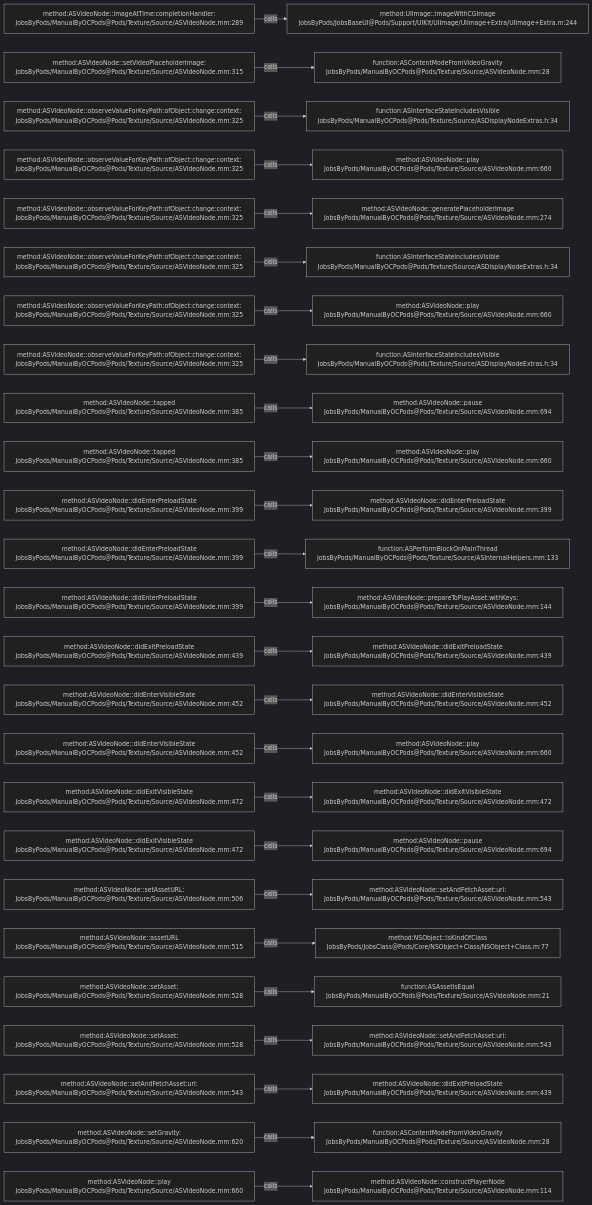
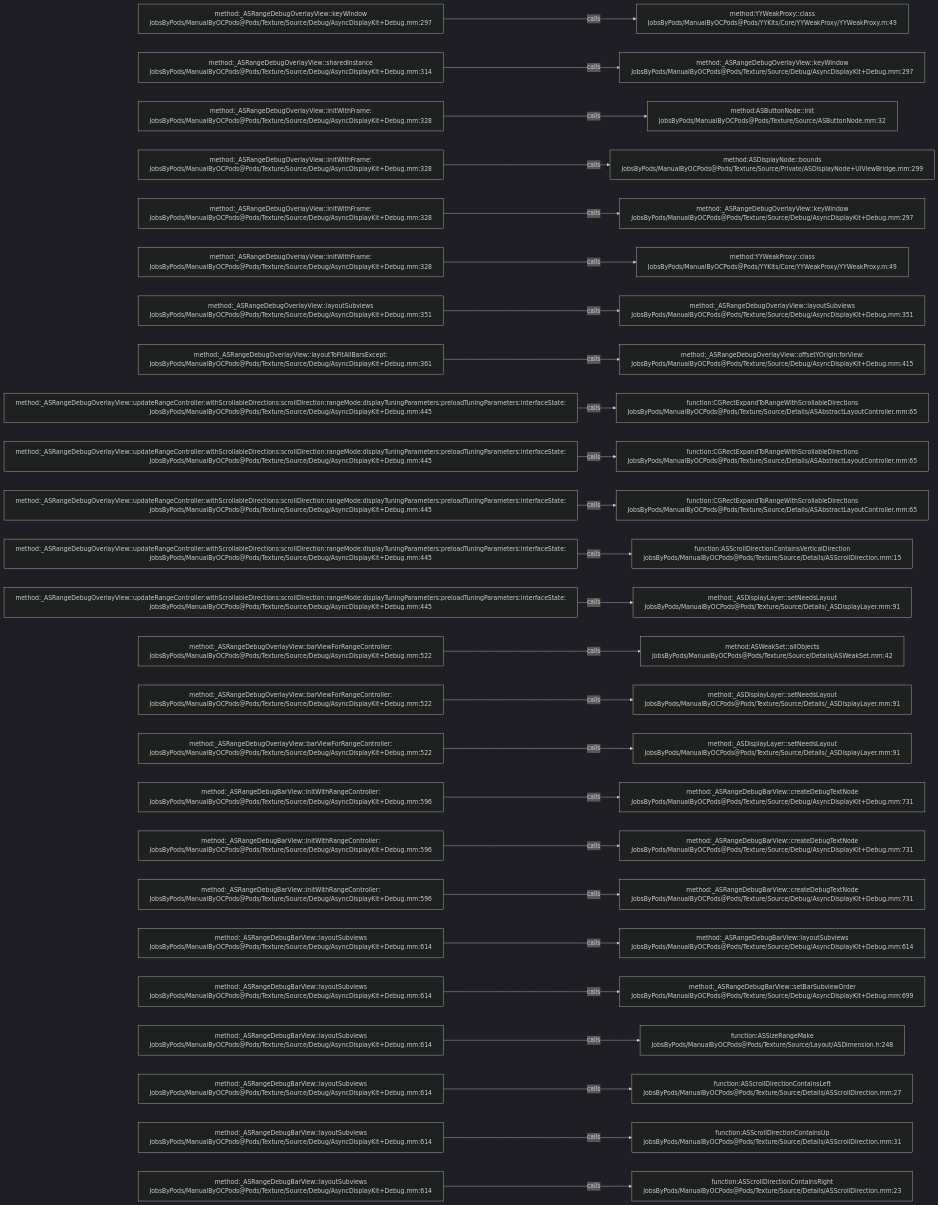
The diagram in .codegraph/codegraph.md/graphs/calls-151.md (JobsKits/JobsOCBaseConfigDemo), drawn with Mermaid (dark theme) before and after one commit. The commit also changed 1223 other files, not shown here.

````diff
--- a/.codegraph/codegraph.md/graphs/calls-151.md
+++ b/.codegraph/codegraph.md/graphs/calls-151.md
@@ -13,78 +13,78 @@
 ```mermaid
 flowchart LR
-  S1["method:ASVideoNode::imageAtTime:completionHandler:<br/>JobsByPods/ManualByOCPods@Pods/Texture/Source/ASVideoNode.mm:289"]
-  T1["method:UIImage::imageWithCGImage<br/>JobsByPods/JobsBaseUI@Pods/Support/UIKit/UIImage/UIImage+Extra/UIImage+Extra.m:244"]
+  S1["method:_ASRangeDebugOverlayView::keyWindow<br/>JobsByPods/ManualByOCPods@Pods/Texture/Source/Debug/AsyncDisplayKit+Debug.mm:297"]
+  T1["method:YYWeakProxy::class<br/>JobsByPods/ManualByOCPods@Pods/YYKits/Core/YYWeakProxy/YYWeakProxy.m:49"]
   S1 -->|calls| T1
-  S2["method:ASVideoNode::setVideoPlaceholderImage:<br/>JobsByPods/ManualByOCPods@Pods/Texture/Source/ASVideoNode.mm:315"]
-  T2["function:ASContentModeFromVideoGravity<br/>JobsByPods/ManualByOCPods@Pods/Texture/Source/ASVideoNode.mm:28"]
+  S2["method:_ASRangeDebugOverlayView::sharedInstance<br/>JobsByPods/ManualByOCPods@Pods/Texture/Source/Debug/AsyncDisplayKit+Debug.mm:314"]
+  T2["method:_ASRangeDebugOverlayView::keyWindow<br/>JobsByPods/ManualByOCPods@Pods/Texture/Source/Debug/AsyncDisplayKit+Debug.mm:297"]
   S2 -->|calls| T2
-  S3["method:ASVideoNode::observeValueForKeyPath:ofObject:change:context:<br/>JobsByPods/ManualByOCPods@Pods/Texture/Source/ASVideoNode.mm:325"]
-  T3["function:ASInterfaceStateIncludesVisible<br/>JobsByPods/ManualByOCPods@Pods/Texture/Source/ASDisplayNodeExtras.h:34"]
+  S3["method:_ASRangeDebugOverlayView::initWithFrame:<br/>JobsByPods/ManualByOCPods@Pods/Texture/Source/Debug/AsyncDisplayKit+Debug.mm:328"]
+  T3["method:ASButtonNode::init<br/>JobsByPods/ManualByOCPods@Pods/Texture/Source/ASButtonNode.mm:32"]
   S3 -->|calls| T3
-  S4["method:ASVideoNode::observeValueForKeyPath:ofObject:change:context:<br/>JobsByPods/ManualByOCPods@Pods/Texture/Source/ASVideoNode.mm:325"]
-  T4["method:ASVideoNode::play<br/>JobsByPods/ManualByOCPods@Pods/Texture/Source/ASVideoNode.mm:660"]
+  S4["method:_ASRangeDebugOverlayView::initWithFrame:<br/>JobsByPods/ManualByOCPods@Pods/Texture/Source/Debug/AsyncDisplayKit+Debug.mm:328"]
+  T4["method:ASDisplayNode::bounds<br/>JobsByPods/ManualByOCPods@Pods/Texture/Source/Private/ASDisplayNode+UIViewBridge.mm:299"]
   S4 -->|calls| T4
-  S5["method:ASVideoNode::observeValueForKeyPath:ofObject:change:context:<br/>JobsByPods/ManualByOCPods@Pods/Texture/Source/ASVideoNode.mm:325"]
-  T5["method:ASVideoNode::generatePlaceholderImage<br/>JobsByPods/ManualByOCPods@Pods/Texture/Source/ASVideoNode.mm:274"]
+  S5["method:_ASRangeDebugOverlayView::initWithFrame:<br/>JobsByPods/ManualByOCPods@Pods/Texture/Source/Debug/AsyncDisplayKit+Debug.mm:328"]
+  T5["method:_ASRangeDebugOverlayView::keyWindow<br/>JobsByPods/ManualByOCPods@Pods/Texture/Source/Debug/AsyncDisplayKit+Debug.mm:297"]
   S5 -->|calls| T5
-  S6["method:ASVideoNode::observeValueForKeyPath:ofObject:change:context:<br/>JobsByPods/ManualByOCPods@Pods/Texture/Source/ASVideoNode.mm:325"]
-  T6["function:ASInterfaceStateIncludesVisible<br/>JobsByPods/ManualByOCPods@Pods/Texture/Source/ASDisplayNodeExtras.h:34"]
+  S6["method:_ASRangeDebugOverlayView::initWithFrame:<br/>JobsByPods/ManualByOCPods@Pods/Texture/Source/Debug/AsyncDisplayKit+Debug.mm:328"]
+  T6["method:YYWeakProxy::class<br/>JobsByPods/ManualByOCPods@Pods/YYKits/Core/YYWeakProxy/YYWeakProxy.m:49"]
   S6 -->|calls| T6
-  S7["method:ASVideoNode::observeValueForKeyPath:ofObject:change:context:<br/>JobsByPods/ManualByOCPods@Pods/Texture/Source/ASVideoNode.mm:325"]
-  T7["method:ASVideoNode::play<br/>JobsByPods/ManualByOCPods@Pods/Texture/Source/ASVideoNode.mm:660"]
+  S7["method:_ASRangeDebugOverlayView::layoutSubviews<br/>JobsByPods/ManualByOCPods@Pods/Texture/Source/Debug/AsyncDisplayKit+Debug.mm:351"]
+  T7["method:_ASRangeDebugOverlayView::layoutSubviews<br/>JobsByPods/ManualByOCPods@Pods/Texture/Source/Debug/AsyncDisplayKit+Debug.mm:351"]
   S7 -->|calls| T7
-  S8["method:ASVideoNode::observeValueForKeyPath:ofObject:change:context:<br/>JobsByPods/ManualByOCPods@Pods/Texture/Source/ASVideoNode.mm:325"]
-  T8["function:ASInterfaceStateIncludesVisible<br/>JobsByPods/ManualByOCPods@Pods/Texture/Source/ASDisplayNodeExtras.h:34"]
+  S8["method:_ASRangeDebugOverlayView::layoutToFitAllBarsExcept:<br/>JobsByPods/ManualByOCPods@Pods/Texture/Source/Debug/AsyncDisplayKit+Debug.mm:361"]
+  T8["method:_ASRangeDebugOverlayView::offsetYOrigin:forView:<br/>JobsByPods/ManualByOCPods@Pods/Texture/Source/Debug/AsyncDisplayKit+Debug.mm:415"]
   S8 -->|calls| T8
-  S9["method:ASVideoNode::tapped<br/>JobsByPods/ManualByOCPods@Pods/Texture/Source/ASVideoNode.mm:385"]
-  T9["method:ASVideoNode::pause<br/>JobsByPods/ManualByOCPods@Pods/Texture/Source/ASVideoNode.mm:694"]
+  S9["method:_ASRangeDebugOverlayView::updateRangeController:withScrollableDirections:scrollDirection:rangeMode:displayTuningParameters:preloadTuningParameters:interfaceState:<br/>JobsByPods/ManualByOCPods@Pods/Texture/Source/Debug/AsyncDisplayKit+Debug.mm:445"]
+  T9["function:CGRectExpandToRangeWithScrollableDirections<br/>JobsByPods/ManualByOCPods@Pods/Texture/Source/Details/ASAbstractLayoutController.mm:65"]
   S9 -->|calls| T9
-  S10["method:ASVideoNode::tapped<br/>JobsByPods/ManualByOCPods@Pods/Texture/Source/ASVideoNode.mm:385"]
-  T10["method:ASVideoNode::play<br/>JobsByPods/ManualByOCPods@Pods/Texture/Source/ASVideoNode.mm:660"]
+  S10["method:_ASRangeDebugOverlayView::updateRangeController:withScrollableDirections:scrollDirection:rangeMode:displayTuningParameters:preloadTuningParameters:interfaceState:<br/>JobsByPods/ManualByOCPods@Pods/Texture/Source/Debug/AsyncDisplayKit+Debug.mm:445"]
+  T10["function:CGRectExpandToRangeWithScrollableDirections<br/>JobsByPods/ManualByOCPods@Pods/Texture/Source/Details/ASAbstractLayoutController.mm:65"]
   S10 -->|calls| T10
-  S11["method:ASVideoNode::didEnterPreloadState<br/>JobsByPods/ManualByOCPods@Pods/Texture/Source/ASVideoNode.mm:399"]
-  T11["method:ASVideoNode::didEnterPreloadState<br/>JobsByPods/ManualByOCPods@Pods/Texture/Source/ASVideoNode.mm:399"]
+  S11["method:_ASRangeDebugOverlayView::updateRangeController:withScrollableDirections:scrollDirection:rangeMode:displayTuningParameters:preloadTuningParameters:interfaceState:<br/>JobsByPods/ManualByOCPods@Pods/Texture/Source/Debug/AsyncDisplayKit+Debug.mm:445"]
+  T11["function:CGRectExpandToRangeWithScrollableDirections<br/>JobsByPods/ManualByOCPods@Pods/Texture/Source/Details/ASAbstractLayoutController.mm:65"]
   S11 -->|calls| T11
-  S12["method:ASVideoNode::didEnterPreloadState<br/>JobsByPods/ManualByOCPods@Pods/Texture/Source/ASVideoNode.mm:399"]
-  T12["function:ASPerformBlockOnMainThread<br/>JobsByPods/ManualByOCPods@Pods/Texture/Source/ASInternalHelpers.mm:133"]
+  S12["method:_ASRangeDebugOverlayView::updateRangeController:withScrollableDirections:scrollDirection:rangeMode:displayTuningParameters:preloadTuningParameters:interfaceState:<br/>JobsByPods/ManualByOCPods@Pods/Texture/Source/Debug/AsyncDisplayKit+Debug.mm:445"]
+  T12["function:ASScrollDirectionContainsVerticalDirection<br/>JobsByPods/ManualByOCPods@Pods/Texture/Source/Details/ASScrollDirection.mm:15"]
   S12 -->|calls| T12
-  S13["method:ASVideoNode::didEnterPreloadState<br/>JobsByPods/ManualByOCPods@Pods/Texture/Source/ASVideoNode.mm:399"]
-  T13["method:ASVideoNode::prepareToPlayAsset:withKeys:<br/>JobsByPods/ManualByOCPods@Pods/Texture/Source/ASVideoNode.mm:144"]
+  S13["method:_ASRangeDebugOverlayView::updateRangeController:withScrollableDirections:scrollDirection:rangeMode:displayTuningParameters:preloadTuningParameters:interfaceState:<br/>JobsByPods/ManualByOCPods@Pods/Texture/Source/Debug/AsyncDisplayKit+Debug.mm:445"]
+  T13["method:_ASDisplayLayer::setNeedsLayout<br/>JobsByPods/ManualByOCPods@Pods/Texture/Source/Details/_ASDisplayLayer.mm:91"]
   S13 -->|calls| T13
-  S14["method:ASVideoNode::didExitPreloadState<br/>JobsByPods/ManualByOCPods@Pods/Texture/Source/ASVideoNode.mm:439"]
-  T14["method:ASVideoNode::didExitPreloadState<br/>JobsByPods/ManualByOCPods@Pods/Texture/Source/ASVideoNode.mm:439"]
+  S14["method:_ASRangeDebugOverlayView::barViewForRangeController:<br/>JobsByPods/ManualByOCPods@Pods/Texture/Source/Debug/AsyncDisplayKit+Debug.mm:522"]
+  T14["method:ASWeakSet::allObjects<br/>JobsByPods/ManualByOCPods@Pods/Texture/Source/Details/ASWeakSet.mm:42"]
   S14 -->|calls| T14
-  S15["method:ASVideoNode::didEnterVisibleState<br/>JobsByPods/ManualByOCPods@Pods/Texture/Source/ASVideoNode.mm:452"]
-  T15["method:ASVideoNode::didEnterVisibleState<br/>JobsByPods/ManualByOCPods@Pods/Texture/Source/ASVideoNode.mm:452"]
+  S15["method:_ASRangeDebugOverlayView::barViewForRangeController:<br/>JobsByPods/ManualByOCPods@Pods/Texture/Source/Debug/AsyncDisplayKit+Debug.mm:522"]
+  T15["method:_ASDisplayLayer::setNeedsLayout<br/>JobsByPods/ManualByOCPods@Pods/Texture/Source/Details/_ASDisplayLayer.mm:91"]
   S15 -->|calls| T15
-  S16["method:ASVideoNode::didEnterVisibleState<br/>JobsByPods/ManualByOCPods@Pods/Texture/Source/ASVideoNode.mm:452"]
-  T16["method:ASVideoNode::play<br/>JobsByPods/ManualByOCPods@Pods/Texture/Source/ASVideoNode.mm:660"]
+  S16["method:_ASRangeDebugOverlayView::barViewForRangeController:<br/>JobsByPods/ManualByOCPods@Pods/Texture/Source/Debug/AsyncDisplayKit+Debug.mm:522"]
+  T16["method:_ASDisplayLayer::setNeedsLayout<br/>JobsByPods/ManualByOCPods@Pods/Texture/Source/Details/_ASDisplayLayer.mm:91"]
   S16 -->|calls| T16
-  S17["method:ASVideoNode::didExitVisibleState<br/>JobsByPods/ManualByOCPods@Pods/Texture/Source/ASVideoNode.mm:472"]
-  T17["method:ASVideoNode::didExitVisibleState<br/>JobsByPods/ManualByOCPods@Pods/Texture/Source/ASVideoNode.mm:472"]
+  S17["method:_ASRangeDebugBarView::initWithRangeController:<br/>JobsByPods/ManualByOCPods@Pods/Texture/Source/Debug/AsyncDisplayKit+Debug.mm:596"]
+  T17["method:_ASRangeDebugBarView::createDebugTextNode<br/>JobsByPods/ManualByOCPods@Pods/Texture/Source/Debug/AsyncDisplayKit+Debug.mm:731"]
   S17 -->|calls| T17
-  S18["method:ASVideoNode::didExitVisibleState<br/>JobsByPods/ManualByOCPods@Pods/Texture/Source/ASVideoNode.mm:472"]
-  T18["method:ASVideoNode::pause<br/>JobsByPods/ManualByOCPods@Pods/Texture/Source/ASVideoNode.mm:694"]
+  S18["method:_ASRangeDebugBarView::initWithRangeController:<br/>JobsByPods/ManualByOCPods@Pods/Texture/Source/Debug/AsyncDisplayKit+Debug.mm:596"]
+  T18["method:_ASRangeDebugBarView::createDebugTextNode<br/>JobsByPods/ManualByOCPods@Pods/Texture/Source/Debug/AsyncDisplayKit+Debug.mm:731"]
   S18 -->|calls| T18
-  S19["method:ASVideoNode::setAssetURL:<br/>JobsByPods/ManualByOCPods@Pods/Texture/Source/ASVideoNode.mm:506"]
-  T19["method:ASVideoNode::setAndFetchAsset:url:<br/>JobsByPods/ManualByOCPods@Pods/Texture/Source/ASVideoNode.mm:543"]
+  S19["method:_ASRangeDebugBarView::initWithRangeController:<br/>JobsByPods/ManualByOCPods@Pods/Texture/Source/Debug/AsyncDisplayKit+Debug.mm:596"]
+  T19["method:_ASRangeDebugBarView::createDebugTextNode<br/>JobsByPods/ManualByOCPods@Pods/Texture/Source/Debug/AsyncDisplayKit+Debug.mm:731"]
   S19 -->|calls| T19
-  S20["method:ASVideoNode::assetURL<br/>JobsByPods/ManualByOCPods@Pods/Texture/Source/ASVideoNode.mm:515"]
-  T20["method:NSObject::isKindOfClass<br/>JobsByPods/JobsClass@Pods/Core/NSObject+Class/NSObject+Class.m:77"]
+  S20["method:_ASRangeDebugBarView::layoutSubviews<br/>JobsByPods/ManualByOCPods@Pods/Texture/Source/Debug/AsyncDisplayKit+Debug.mm:614"]
+  T20["method:_ASRangeDebugBarView::layoutSubviews<br/>JobsByPods/ManualByOCPods@Pods/Texture/Source/Debug/AsyncDisplayKit+Debug.mm:614"]
   S20 -->|calls| T20
-  S21["method:ASVideoNode::setAsset:<br/>JobsByPods/ManualByOCPods@Pods/Texture/Source/ASVideoNode.mm:528"]
-  T21["function:ASAssetIsEqual<br/>JobsByPods/ManualByOCPods@Pods/Texture/Source/ASVideoNode.mm:21"]
+  S21["method:_ASRangeDebugBarView::layoutSubviews<br/>JobsByPods/ManualByOCPods@Pods/Texture/Source/Debug/AsyncDisplayKit+Debug.mm:614"]
+  T21["method:_ASRangeDebugBarView::setBarSubviewOrder<br/>JobsByPods/ManualByOCPods@Pods/Texture/Source/Debug/AsyncDisplayKit+Debug.mm:699"]
   S21 -->|calls| T21
-  S22["method:ASVideoNode::setAsset:<br/>JobsByPods/ManualByOCPods@Pods/Texture/Source/ASVideoNode.mm:528"]
-  T22["method:ASVideoNode::setAndFetchAsset:url:<br/>JobsByPods/ManualByOCPods@Pods/Texture/Source/ASVideoNode.mm:543"]
+  S22["method:_ASRangeDebugBarView::layoutSubviews<br/>JobsByPods/ManualByOCPods@Pods/Texture/Source/Debug/AsyncDisplayKit+Debug.mm:614"]
+  T22["function:ASSizeRangeMake<br/>JobsByPods/ManualByOCPods@Pods/Texture/Source/Layout/ASDimension.h:248"]
   S22 -->|calls| T22
-  S23["method:ASVideoNode::setAndFetchAsset:url:<br/>JobsByPods/ManualByOCPods@Pods/Texture/Source/ASVideoNode.mm:543"]
-  T23["method:ASVideoNode::didExitPreloadState<br/>JobsByPods/ManualByOCPods@Pods/Texture/Source/ASVideoNode.mm:439"]
+  S23["method:_ASRangeDebugBarView::layoutSubviews<br/>JobsByPods/ManualByOCPods@Pods/Texture/Source/Debug/AsyncDisplayKit+Debug.mm:614"]
+  T23["function:ASScrollDirectionContainsLeft<br/>JobsByPods/ManualByOCPods@Pods/Texture/Source/Details/ASScrollDirection.mm:27"]
   S23 -->|calls| T23
-  S24["method:ASVideoNode::setGravity:<br/>JobsByPods/ManualByOCPods@Pods/Texture/Source/ASVideoNode.mm:620"]
-  T24["function:ASContentModeFromVideoGravity<br/>JobsByPods/ManualByOCPods@Pods/Texture/Source/ASVideoNode.mm:28"]
+  S24["method:_ASRangeDebugBarView::layoutSubviews<br/>JobsByPods/ManualByOCPods@Pods/Texture/Source/Debug/AsyncDisplayKit+Debug.mm:614"]
+  T24["function:ASScrollDirectionContainsUp<br/>JobsByPods/ManualByOCPods@Pods/Texture/Source/Details/ASScrollDirection.mm:31"]
   S24 -->|calls| T24
-  S25["method:ASVideoNode::play<br/>JobsByPods/ManualByOCPods@Pods/Texture/Source/ASVideoNode.mm:660"]
-  T25["method:ASVideoNode::constructPlayerNode<br/>JobsByPods/ManualByOCPods@Pods/Texture/Source/ASVideoNode.mm:114"]
+  S25["method:_ASRangeDebugBarView::layoutSubviews<br/>JobsByPods/ManualByOCPods@Pods/Texture/Source/Debug/AsyncDisplayKit+Debug.mm:614"]
+  T25["function:ASScrollDirectionContainsRight<br/>JobsByPods/ManualByOCPods@Pods/Texture/Source/Details/ASScrollDirection.mm:23"]
   S25 -->|calls| T25
 ```
````
